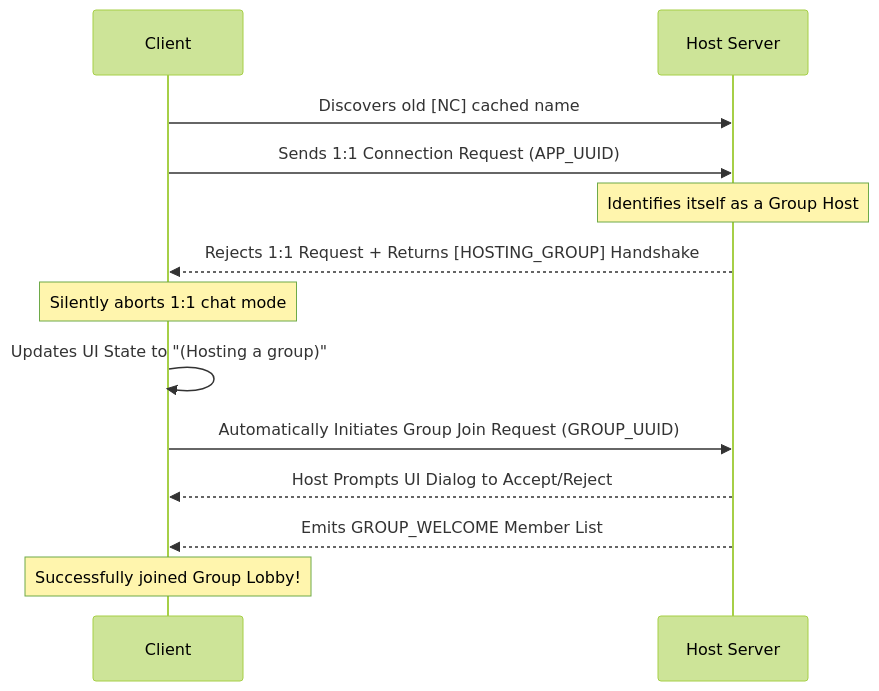
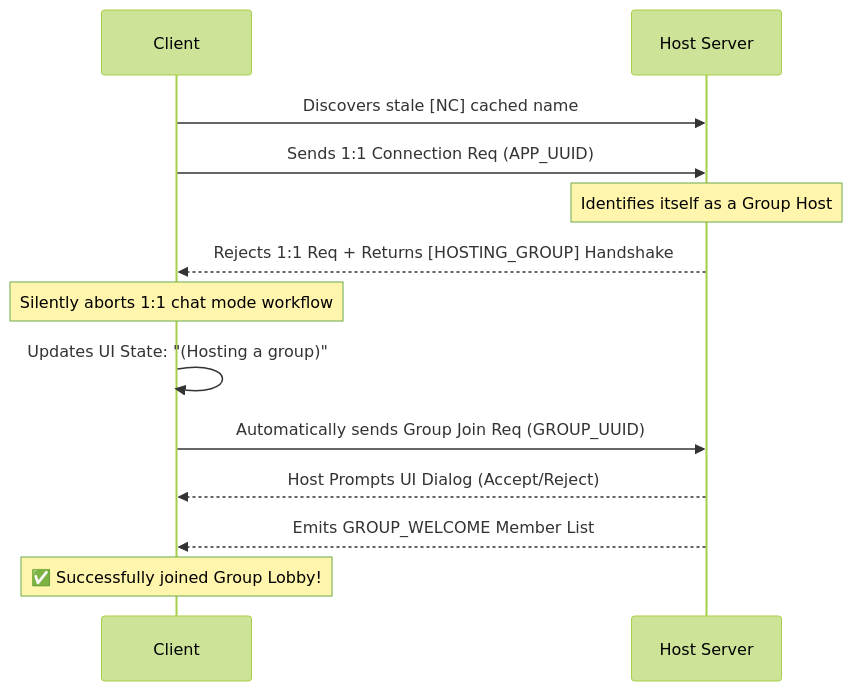
The third of 4 diagrams in README.md (amEya911/NearChat), drawn with Mermaid (forest theme) before and after one commit. The commit also changed other lines of this file, not shown here.

````diff
--- a/README.md
+++ b/README.md
@@ -101,16 +109,16 @@
 ```mermaid
 sequenceDiagram
     participant Client
     participant Host Server
 
-    Client->>Host Server: Discovers old [NC] cached name
-    Client->>Host Server: Sends 1:1 Connection Request (APP_UUID)
+    Client->>Host Server: Discovers stale [NC] cached name
+    Client->>Host Server: Sends 1:1 Connection Req (APP_UUID)
     Note over Host Server: Identifies itself as a Group Host
-    Host Server-->>Client: Rejects 1:1 Request + Returns [HOSTING_GROUP] Handshake
-    Note over Client: Silently aborts 1:1 chat mode
-    Client->>Client: Updates UI State to "(Hosting a group)"
-    Client->>Host Server: Automatically Initiates Group Join Request (GROUP_UUID)
-    Host Server-->>Client: Host Prompts UI Dialog to Accept/Reject
+    Host Server-->>Client: Rejects 1:1 Req + Returns [HOSTING_GROUP] Handshake
+    Note over Client: Silently aborts 1:1 chat mode workflow
+    Client->>Client: Updates UI State: "(Hosting a group)"
+    Client->>Host Server: Automatically sends Group Join Req (GROUP_UUID)
+    Host Server-->>Client: Host Prompts UI Dialog (Accept/Reject)
     Host Server-->>Client: Emits GROUP_WELCOME Member List
-    Note over Client: Successfully joined Group Lobby!
+    Note over Client: ✅ Successfully joined Group Lobby!
 ```
````
